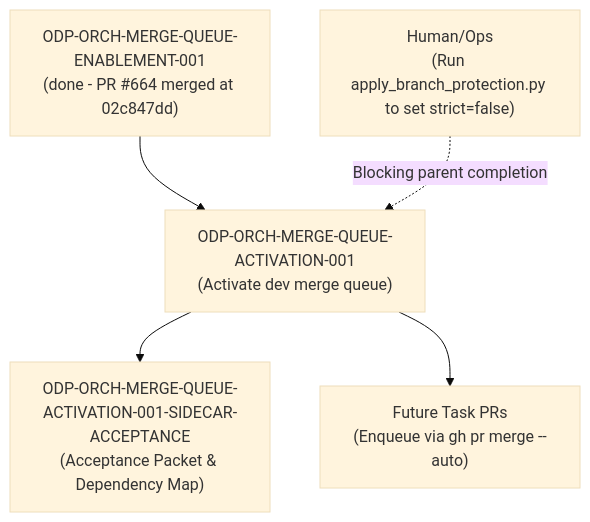
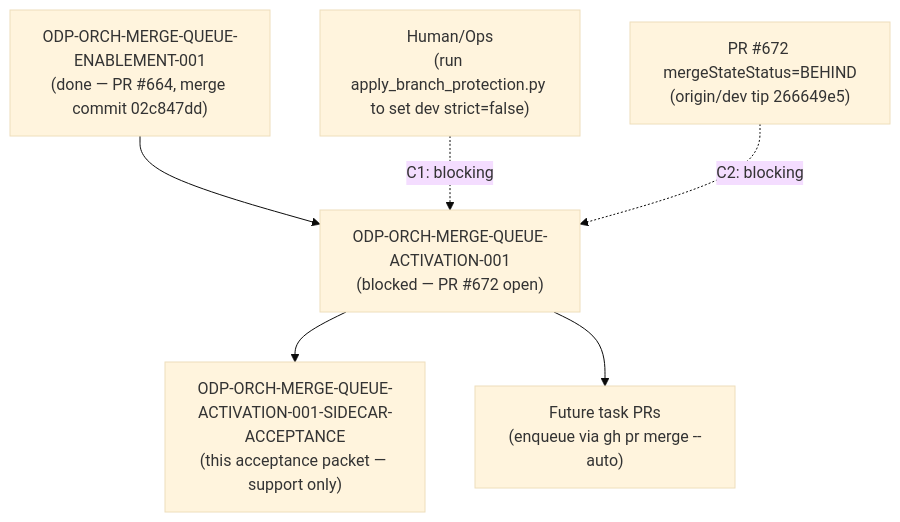
One commit to alfloop-dev/odayplus changed the diagram in support/sidecars/ODP-ORCH-MERGE-QUEUE-ACTIVATION-001/ODP-ORCH-MERGE-QUEUE-ACTIVATION-001-SIDECAR-ACCEPTANCE.md. Above: the diagram before and after it, drawn with Mermaid (base theme). The commit also changed other lines of this file, not shown here.

First line of the commit message:
ODP-ORCH-MERGE-QUEUE-ACTIVATION-001-SIDECAR-ACCEPTANCE: correct acceptance packet facts

````diff
--- a/support/sidecars/ODP-ORCH-MERGE-QUEUE-ACTIVATION-001/ODP-ORCH-MERGE-QUEUE-ACTIVATION-001-SIDECAR-ACCEPTANCE.md
+++ b/support/sidecars/ODP-ORCH-MERGE-QUEUE-ACTIVATION-001/ODP-ORCH-MERGE-QUEUE-ACTIVATION-001-SIDECAR-ACCEPTANCE.md
@@ -89,7 +109,8 @@
 ```mermaid
 graph TD
-    A["ODP-ORCH-MERGE-QUEUE-ENABLEMENT-001<br/>(done - PR #664 merged at 02c847dd)"] --> B["ODP-ORCH-MERGE-QUEUE-ACTIVATION-001<br/>(Activate dev merge queue)"]
-    C["Human/Ops<br/>(Run apply_branch_protection.py to set strict=false)"] -.->|Blocking parent completion| B
-    B --> D["ODP-ORCH-MERGE-QUEUE-ACTIVATION-001-SIDECAR-ACCEPTANCE<br/>(Acceptance Packet & Dependency Map)"]
-    B --> E["Future Task PRs<br/>(Enqueue via gh pr merge --auto)"]
+    A["ODP-ORCH-MERGE-QUEUE-ENABLEMENT-001<br/>(done — PR #664, merge commit 02c847dd)"] --> B["ODP-ORCH-MERGE-QUEUE-ACTIVATION-001<br/>(blocked — PR #672 open)"]
+    C["Human/Ops<br/>(run apply_branch_protection.py to set dev strict=false)"] -.->|"C1: blocking"| B
+    F["PR #672 mergeStateStatus=BEHIND<br/>(origin/dev tip 266649e5)"] -.->|"C2: blocking"| B
+    B --> D["ODP-ORCH-MERGE-QUEUE-ACTIVATION-001-SIDECAR-ACCEPTANCE<br/>(this acceptance packet — support only)"]
+    B --> E["Future task PRs<br/>(enqueue via gh pr merge --auto)"]
 ```
````
